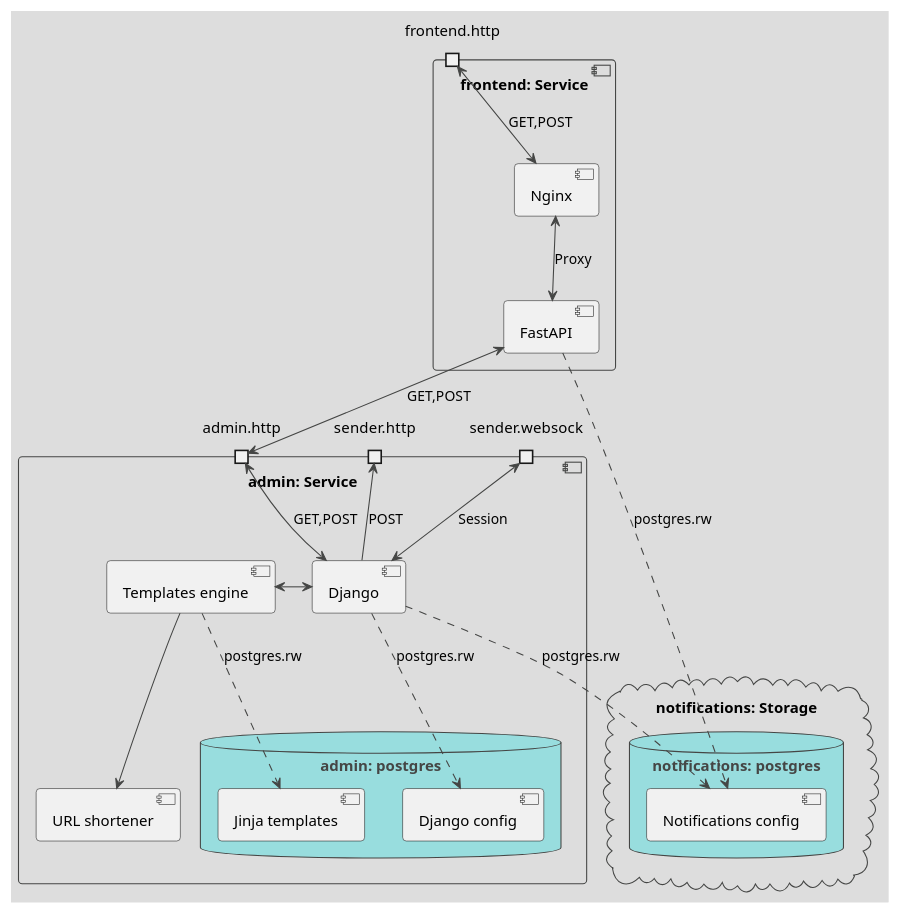
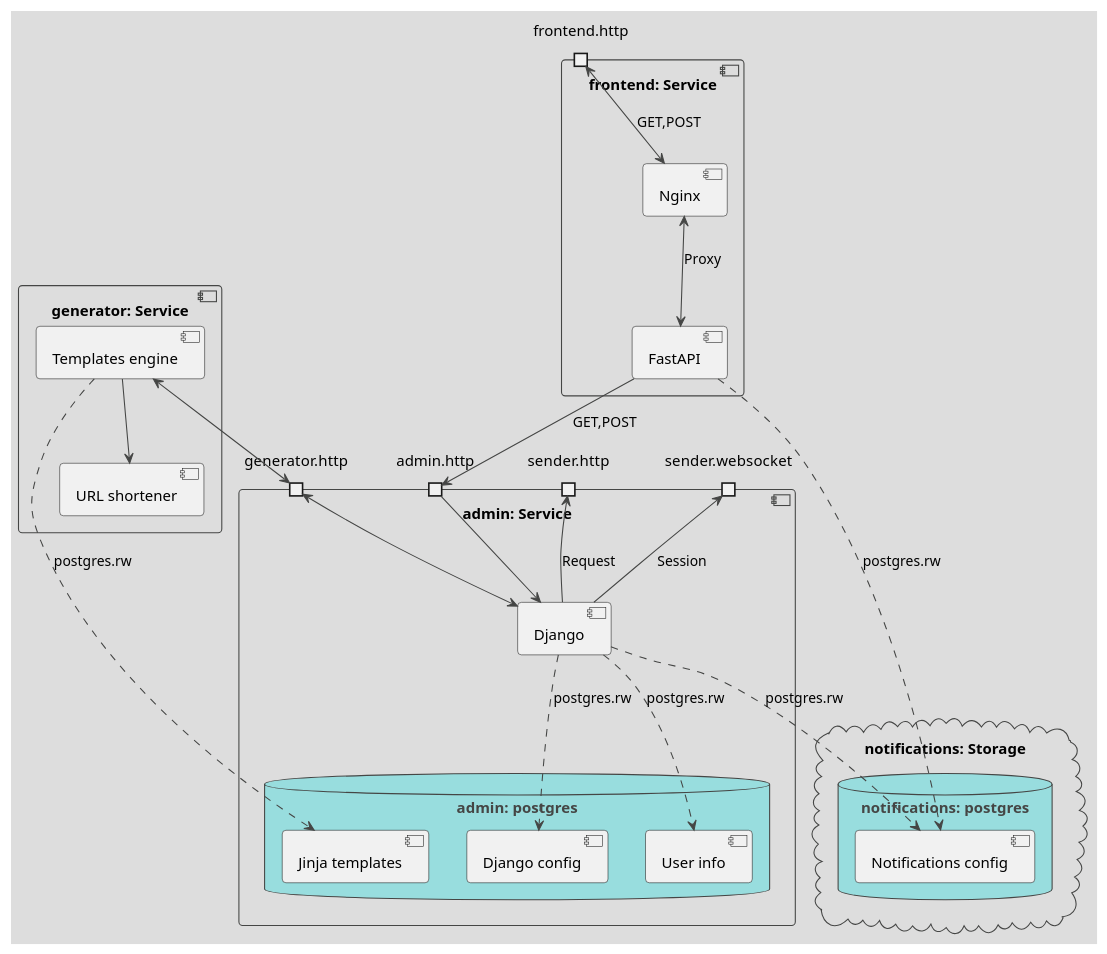
The diagram in doc/arch/notifications_api_admin.puml (ilya-spy/notifications_sprint_1), drawn with PlantUML before and after one commit. The commit also changed 5 other files, not shown here.

Commit message:
update flows to simplify modules

```diff
--- a/doc/arch/notifications_api_admin.puml
+++ b/doc/arch/notifications_api_admin.puml
@@ -1,65 +1,75 @@
 @startuml "Notifications admin module"
 !theme toy
 '''Часть сервиса уведомлений, отвечающая за создание и администрирование нотификаций'''
 
 
 '''Хранилища и внешние сервисы'''
 cloud "notifications: Storage" {
     database "notifications: postgres" {
         [Notifications config]
     }
 }
 
 
 '''Компоненты бизнес-логики'''
 component "frontend: Service" {
     'Внешние интерфейсы службы'
     portin frontend.http
 
     'Компоненты службы'
     [Nginx]
     [FastAPI]
 
     'Внутренние каналы службы'
     [Nginx] <--> "FastAPI": Proxy
 
     'Обслуживание внешних интерфейсы'
     frontend.http <--> Nginx: GET,POST
 }
 
 component "admin: Service" {
     'Внешние интерфейсы службы'
-    portin admin.http
-    port   sender.http
-    port   sender.websock
+    port generator.http
+    port admin.http
+    port sender.http
+    port sender.websocket
 
     'Компоненты службы'
     [Django]
-    [Templates engine]
-    [URL shortener]
 
     'Хранилища\кэши службы'
     database "admin: postgres" {
         [Django config]
+        [User info]
         [Jinja templates]
     }
 
     'Внутренние каналы службы'
-    [Django] ..>      [Django config]: postgres.rw
-    [Django] <-left-> [Templates engine]
-    [Templates engine] --> [URL shortener]
-    [Templates engine] ..> [Jinja templates]: postgres.rw
+    [Django] ..> [Django config]: postgres.rw
+    [Django] ..> [User info]: postgres.rw
+
 
     'Обслуживание внешних интерфейсов'
-    admin.http <--> [Django]: GET,POST
-    sender.http <--  [Django]: POST
-    sender.websock  <--> [Django]: Session
+    admin.http -> [Django]
+    sender.http <-- [Django]: Request
+    sender.websocket <-- [Django]: Session
+    generator.http  <--> [Django]
+}
+
+component "generator: Service" {
+    [Templates engine]
+    [URL shortener]
+
+    [Templates engine] ..> [Jinja templates]: postgres.rw
+    [Templates engine] --> [URL shortener]
+
 }
 
 
 '''Обслуживание внешних и облачных сервисов'''
-[FastAPI]  ..> [Notifications config]: postgres.rw
-[FastAPI] <--> admin.http: GET,POST
-[Django]   ..> [Notifications config]: postgres.rw
+[FastAPI]   ..>  [Notifications config]: postgres.rw
+[Django]    ..>  [Notifications config]: postgres.rw
 
+[FastAPI] --> admin.http:GET,POST
+[Templates engine] <--> generator.http 
 @enduml
```
